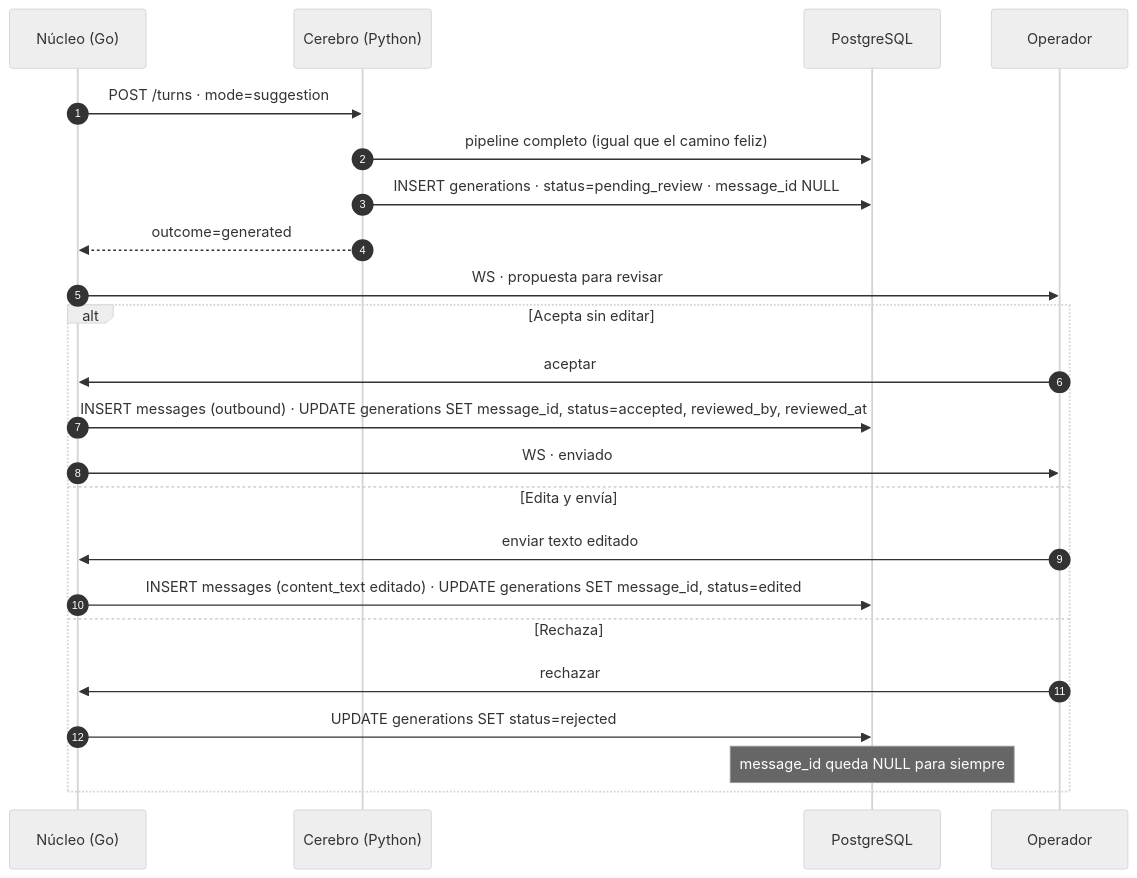
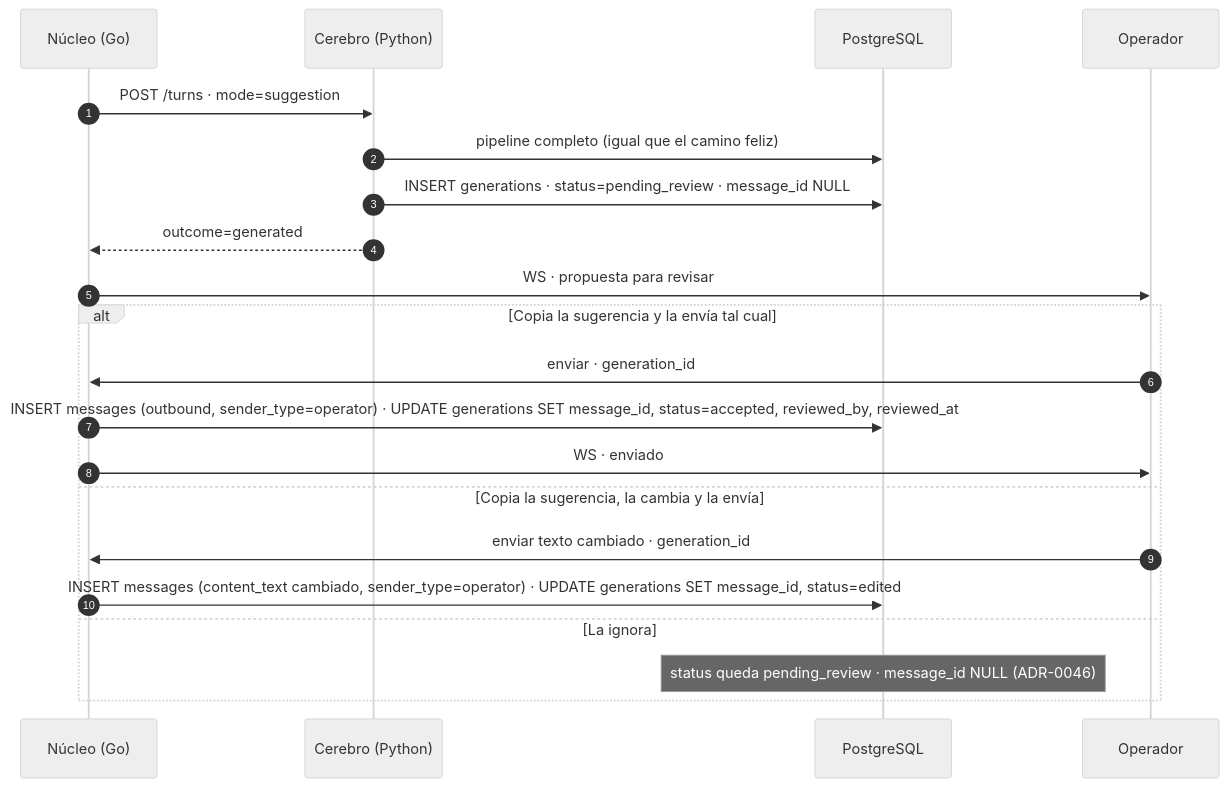
One commit to Agus-03/Calidad-SONIA changed the second of 3 diagrams in docs/design/07-secuencia-del-turno.md. Above: the diagram before and after it, drawn with Mermaid (neutral theme). The commit also changed other lines of this file and 11 other files, not shown here.

````diff
--- a/docs/design/07-secuencia-del-turno.md
+++ b/docs/design/07-secuencia-del-turno.md
@@ -165,27 +166,25 @@
 ```mermaid
 sequenceDiagram
     autonumber
     participant N as Núcleo (Go)
     participant C as Cerebro (Python)
     participant DB as PostgreSQL
     participant O as Operador
 
     N->>C: POST /turns · mode=suggestion
     C->>DB: pipeline completo (igual que el camino feliz)
     C->>DB: INSERT generations · status=pending_review · message_id NULL
     C-->>N: outcome=generated
     N->>O: WS · propuesta para revisar
 
-    alt Acepta sin editar
-        O->>N: aceptar
-        N->>DB: INSERT messages (outbound) · UPDATE generations SET message_id, status=accepted, reviewed_by, reviewed_at
+    alt Copia la sugerencia y la envía tal cual
+        O->>N: enviar · generation_id
+        N->>DB: INSERT messages (outbound, sender_type=operator) · UPDATE generations SET message_id, status=accepted, reviewed_by, reviewed_at
         N->>O: WS · enviado
-    else Edita y envía
-        O->>N: enviar texto editado
-        N->>DB: INSERT messages (content_text editado) · UPDATE generations SET message_id, status=edited
-    else Rechaza
-        O->>N: rechazar
-        N->>DB: UPDATE generations SET status=rejected
-        Note over DB: message_id queda NULL para siempre
+    else Copia la sugerencia, la cambia y la envía
+        O->>N: enviar texto cambiado · generation_id
+        N->>DB: INSERT messages (content_text cambiado, sender_type=operator) · UPDATE generations SET message_id, status=edited
+    else La ignora
+        Note over DB: status queda pending_review · message_id NULL (ADR-0046)
     end
 ```
````
